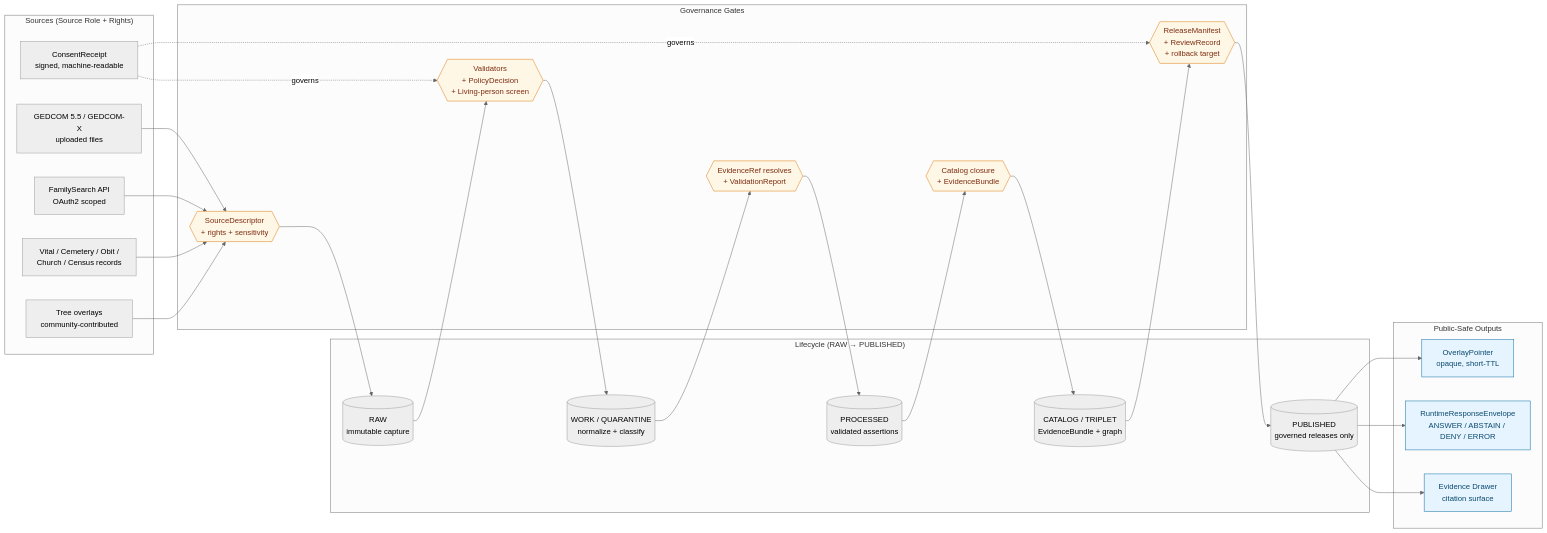
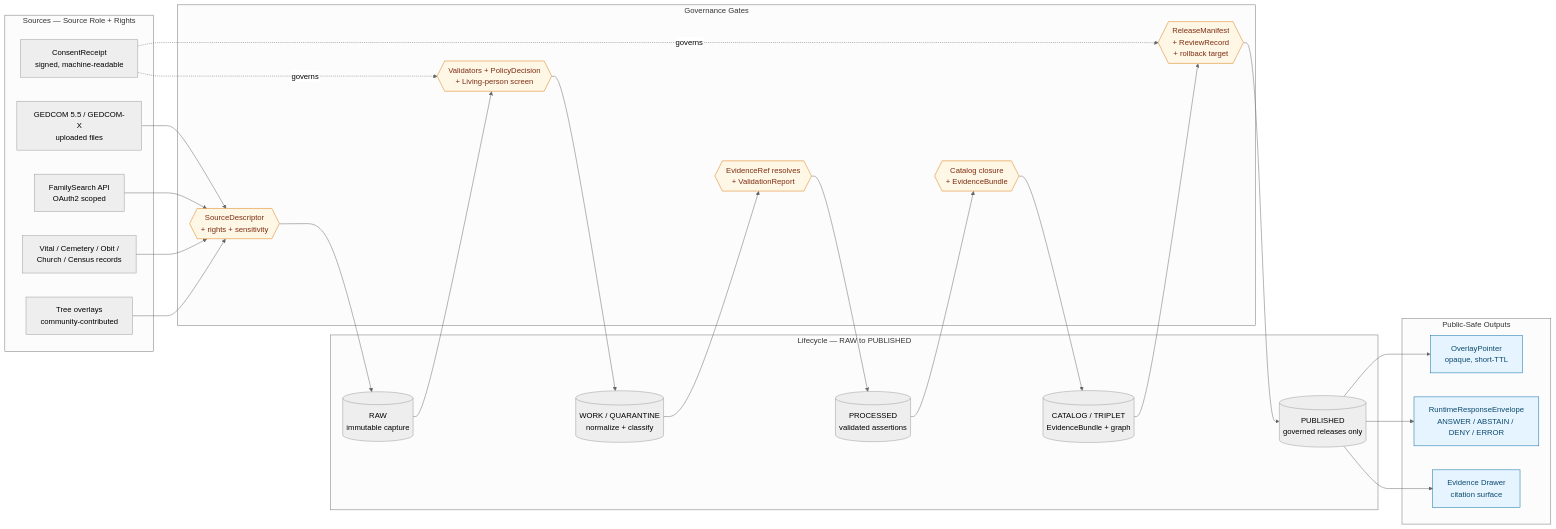
Before and after one commit to bartytime4life/Kansas-Frontier-Matrix: the diagram in docs/domains/people-dna-land/sublanes/genealogy.md, drawn with Mermaid (neutral theme). The commit also changed other lines of this file, not shown here.

````diff
--- a/docs/domains/people-dna-land/sublanes/genealogy.md
+++ b/docs/domains/people-dna-land/sublanes/genealogy.md
@@ -125,58 +173,53 @@
 ```mermaid
 flowchart LR
-  %% Sources
-  subgraph SRC["Sources (Source Role + Rights)"]
-    GED[GEDCOM 5.5 / GEDCOM-X<br/>uploaded files]
-    FS[FamilySearch API<br/>OAuth2 scoped]
-    VR[Vital / Cemetery / Obit /<br/>Church / Census records]
-    TREE[Tree overlays<br/>community-contributed]
-    CR[ConsentReceipt<br/>signed, machine-readable]
+  subgraph SRC["Sources — Source Role + Rights"]
+    GED["GEDCOM 5.5 / GEDCOM-X<br/>uploaded files"]
+    FS["FamilySearch API<br/>OAuth2 scoped"]
+    VR["Vital / Cemetery / Obit /<br/>Church / Census records"]
+    TREE["Tree overlays<br/>community-contributed"]
+    CR["ConsentReceipt<br/>signed, machine-readable"]
   end
 
-  %% Lifecycle phases (CONFIRMED invariant)
-  subgraph LC["Lifecycle (RAW → PUBLISHED)"]
-    RAW[(RAW<br/>immutable capture)]
-    WQ[(WORK / QUARANTINE<br/>normalize + classify)]
-    PROC[(PROCESSED<br/>validated assertions)]
-    CAT[(CATALOG / TRIPLET<br/>EvidenceBundle + graph)]
-    PUB[(PUBLISHED<br/>governed releases only)]
+  subgraph LC["Lifecycle — RAW to PUBLISHED"]
+    RAW[("RAW<br/>immutable capture")]
+    WQ[("WORK / QUARANTINE<br/>normalize + classify")]
+    PROC[("PROCESSED<br/>validated assertions")]
+    CAT[("CATALOG / TRIPLET<br/>EvidenceBundle + graph")]
+    PUB[("PUBLISHED<br/>governed releases only")]
   end
 
-  %% Governance gates
   subgraph GATE["Governance Gates"]
-    G1{{SourceDescriptor<br/>+ rights + sensitivity}}
-    G2{{Validators<br/>+ PolicyDecision<br/>+ Living-person screen}}
-    G3{{EvidenceRef resolves<br/>+ ValidationReport}}
-    G4{{Catalog closure<br/>+ EvidenceBundle}}
-    G5{{ReleaseManifest<br/>+ ReviewRecord<br/>+ rollback target}}
+    G1{{"SourceDescriptor<br/>+ rights + sensitivity"}}
+    G2{{"Validators + PolicyDecision<br/>+ Living-person screen"}}
+    G3{{"EvidenceRef resolves<br/>+ ValidationReport"}}
+    G4{{"Catalog closure<br/>+ EvidenceBundle"}}
+    G5{{"ReleaseManifest<br/>+ ReviewRecord<br/>+ rollback target"}}
   end
 
-  %% Public surface
   subgraph OUT["Public-Safe Outputs"]
-    OP[OverlayPointer<br/>opaque, short-TTL]
-    ENV[RuntimeResponseEnvelope<br/>ANSWER / ABSTAIN / DENY / ERROR]
-    ED[Evidence Drawer<br/>citation surface]
+    OP["OverlayPointer<br/>opaque, short-TTL"]
+    ENV["RuntimeResponseEnvelope<br/>ANSWER / ABSTAIN / DENY / ERROR"]
+    ED["Evidence Drawer<br/>citation surface"]
   end
 
   GED --> G1 --> RAW
   FS --> G1
   VR --> G1
   TREE --> G1
   CR -.governs.-> G2
   CR -.governs.-> G5
 
   RAW --> G2 --> WQ
   WQ --> G3 --> PROC
   PROC --> G4 --> CAT
   CAT --> G5 --> PUB
 
   PUB --> OP
   PUB --> ENV
   PUB --> ED
 
-  %% Trust membrane note
   classDef gate fill:#fff7e6,stroke:#d97706,color:#7c2d12;
   classDef pub  fill:#e6f4ff,stroke:#0369a1,color:#0c4a6e;
   class G1,G2,G3,G4,G5 gate
   class OP,ENV,ED pub
 ```
````
